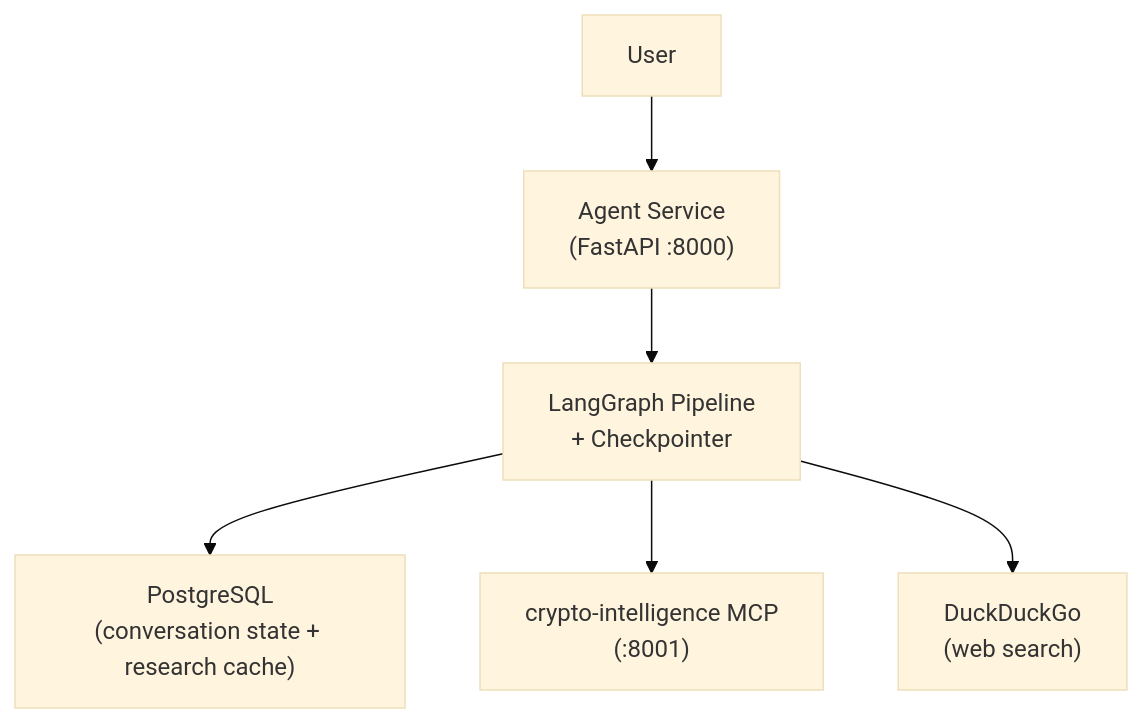
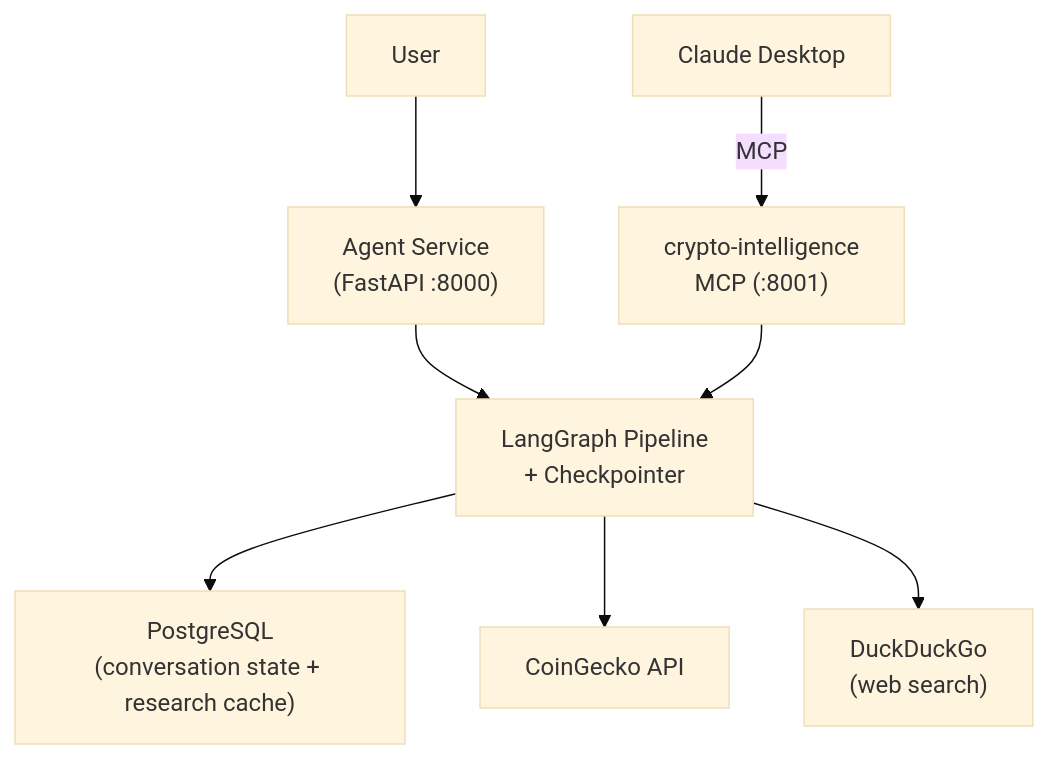
The fourth of 7 diagrams in docs/curriculum.md (ksopyla/agent-patterns-lab), drawn with Mermaid (base theme) before and after one commit. The commit also changed other lines of this file and 13 other files, not shown here.

````diff
--- a/docs/curriculum.md
+++ b/docs/curriculum.md
@@ -202,8 +201,10 @@
 ```mermaid
 graph TD
     User --> FastAPI["Agent Service\n(FastAPI :8000)"]
     FastAPI --> Pipeline["LangGraph Pipeline\n+ Checkpointer"]
     Pipeline --> PG["PostgreSQL\n(conversation state + research cache)"]
-    Pipeline --> CryptoMCP["crypto-intelligence MCP\n(:8001)"]
+    Pipeline --> CoinGecko["CoinGecko API"]
     Pipeline --> DDG["DuckDuckGo\n(web search)"]
+    ClaudeDesktop["Claude Desktop"] -->|MCP| MCP["crypto-intelligence\nMCP (:8001)"]
+    MCP --> Pipeline
 ```
````
